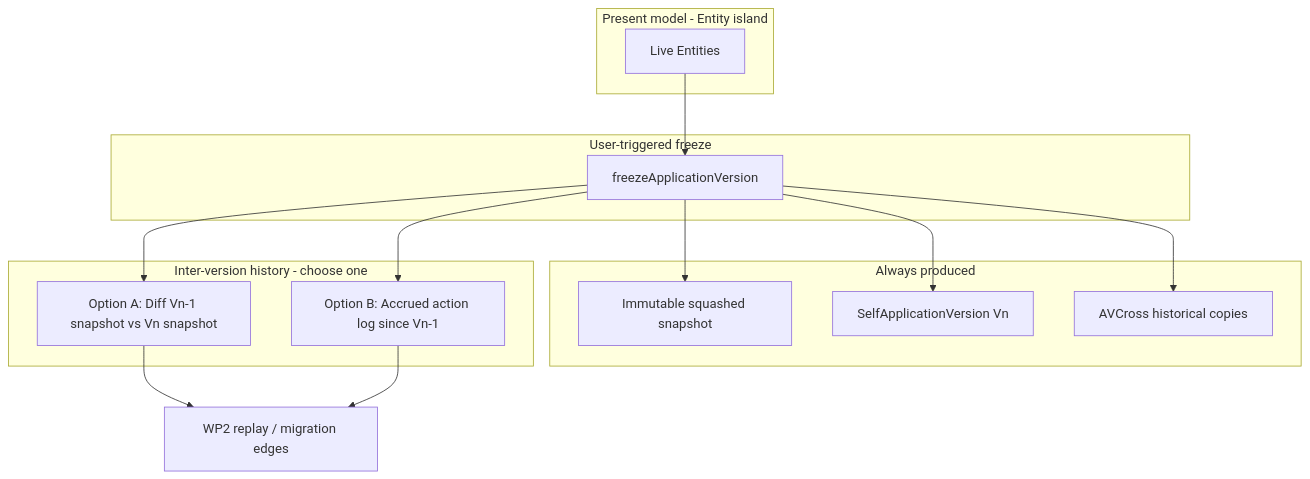
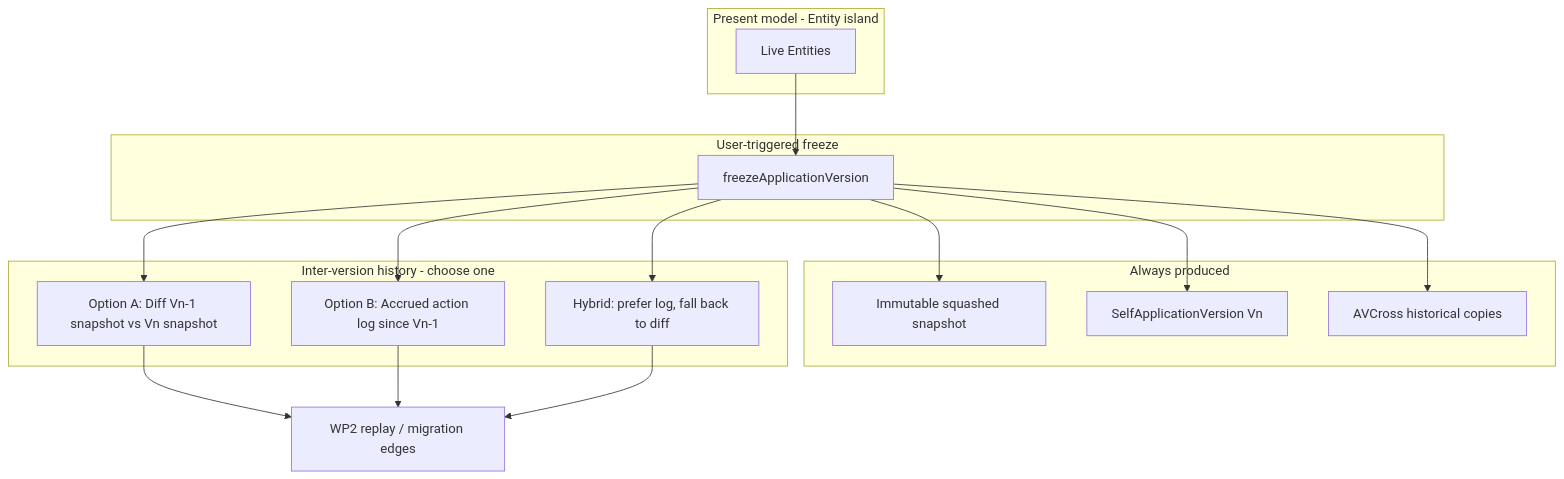
The first of 2 diagrams in code-helpers/features/216-FEATURE-application-versions-and-freeze/analysis.md (miroir-framework/miroir), drawn with Mermaid before and after one commit. The commit also changed other lines of this file and 1 other file, not shown here.

Commit message:
#216 FEATURE: Freeze Application Versions from Entity present model (linear history + diff). Revised analysis + TDD plan..

````diff
--- a/code-helpers/features/216-FEATURE-application-versions-and-freeze/analysis.md
+++ b/code-helpers/features/216-FEATURE-application-versions-and-freeze/analysis.md
@@ -102,30 +89,33 @@
 ```mermaid
 flowchart TB
   subgraph present [Present model - Entity island]
     E[Live Entities]
   end
 
   subgraph freeze [User-triggered freeze]
     F[freezeApplicationVersion]
   end
 
   subgraph snap [Always produced]
     S[Immutable squashed snapshot]
     AV[SelfApplicationVersion Vn]
     Cross[AVCross historical copies]
   end
 
   subgraph hist [Inter-version history - choose one]
     D["Option A: Diff Vn-1 snapshot vs Vn snapshot"]
     L["Option B: Accrued action log since Vn-1"]
+    H["Hybrid: prefer log, fall back to diff"]
   end
 
   E --> F
   F --> S
   F --> AV
   F --> Cross
   F --> D
   F --> L
+  F --> H
   D --> WP2[WP2 replay / migration edges]
   L --> WP2
+  H --> WP2
 ```
````
